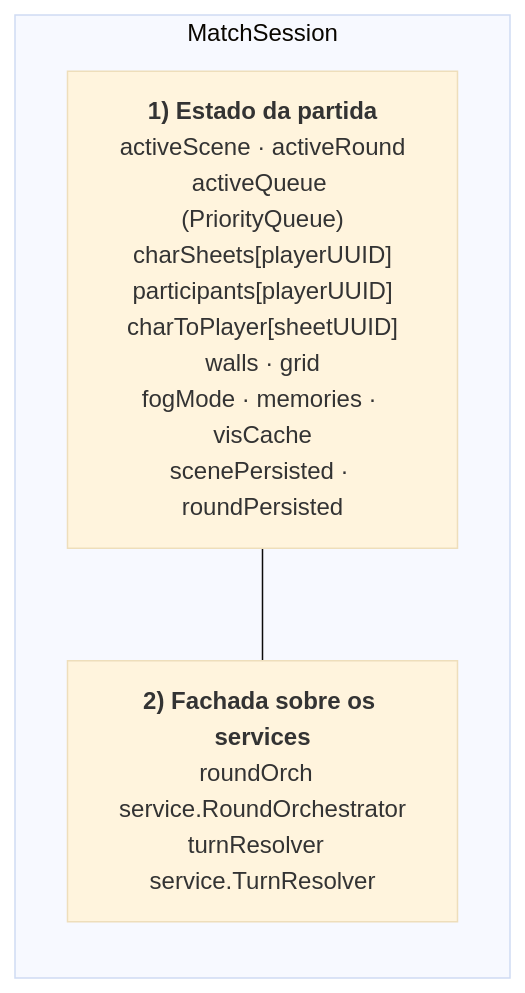
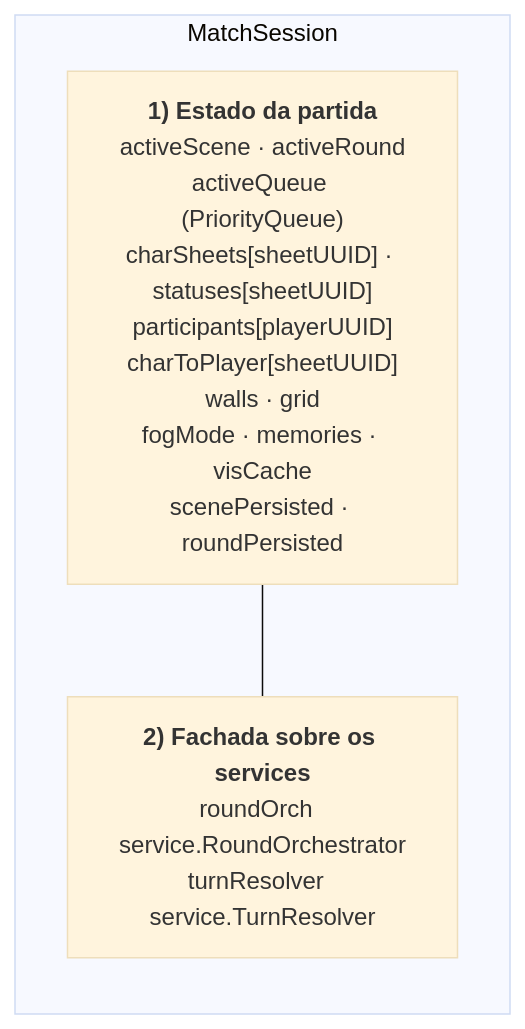
Before and after one commit to 422UR4H/HxH_RPG_System: the second of 4 diagrams in docs/dev/match/flows/01-mapa-de-modulos.md, drawn with Mermaid (base theme). The commit also changed 8 other files, not shown here.

````diff
--- a/docs/dev/match/flows/01-mapa-de-modulos.md
+++ b/docs/dev/match/flows/01-mapa-de-modulos.md
@@ -66,9 +66,9 @@
 ```mermaid
 flowchart LR
     subgraph MS["MatchSession"]
         direction TB
-        state["<b>1) Estado da partida</b><br/>activeScene · activeRound<br/>activeQueue (PriorityQueue)<br/>charSheets[playerUUID]<br/>participants[playerUUID]<br/>charToPlayer[sheetUUID]<br/>walls · grid<br/>fogMode · memories · visCache<br/>scenePersisted · roundPersisted"]
+        state["<b>1) Estado da partida</b><br/>activeScene · activeRound<br/>activeQueue (PriorityQueue)<br/>charSheets[sheetUUID] · statuses[sheetUUID]<br/>participants[playerUUID]<br/>charToPlayer[sheetUUID]<br/>walls · grid<br/>fogMode · memories · visCache<br/>scenePersisted · roundPersisted"]
         facade["<b>2) Fachada sobre os services</b><br/>roundOrch  service.RoundOrchestrator<br/>turnResolver  service.TurnResolver"]
     end
     state --- facade
 ```
````
